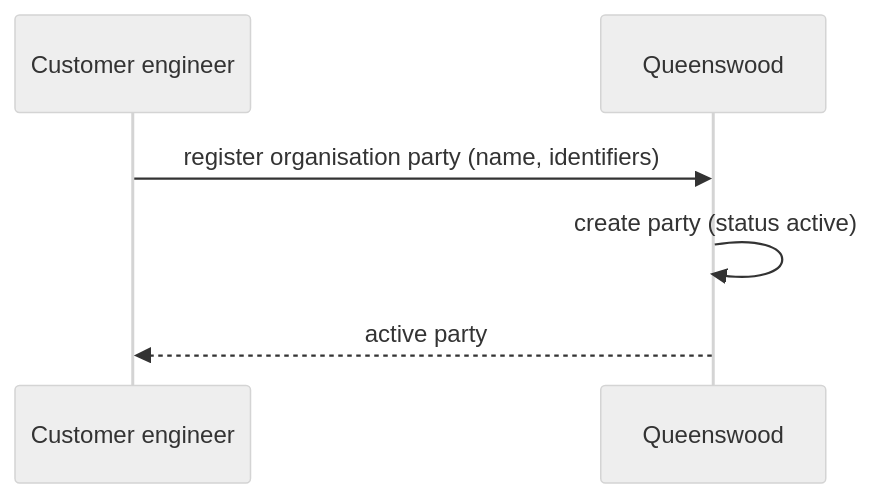
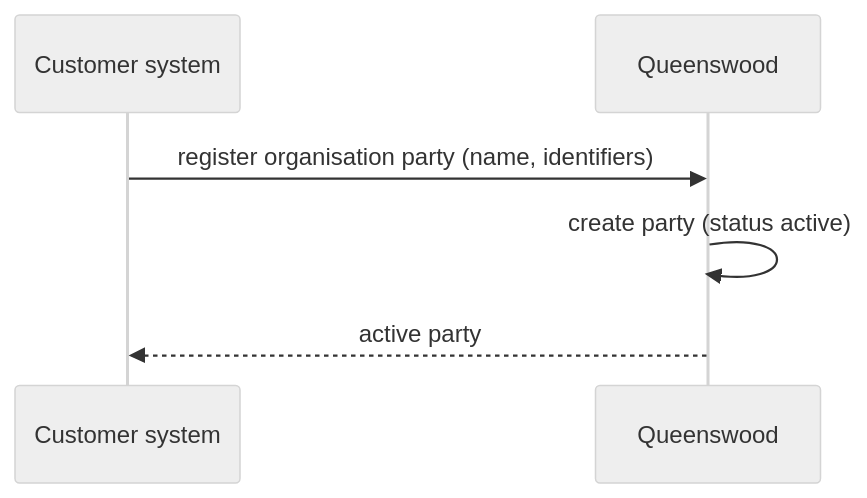
The second of 3 diagrams in docs/prd/parties.md (repldriven/queenswood), drawn with Mermaid (neutral theme) before and after one commit. The commit also changed other lines of this file and 32 other files, not shown here.

````diff
--- a/docs/prd/parties.md
+++ b/docs/prd/parties.md
@@ -225,9 +225,9 @@
 ```mermaid
 sequenceDiagram
-    participant T as Customer engineer
+    participant T as Customer system
     participant Q as Queenswood
 
     T->>Q: register organisation party (name, identifiers)
     Q->>Q: create party (status active)
     Q-->>T: active party
 ```
````
